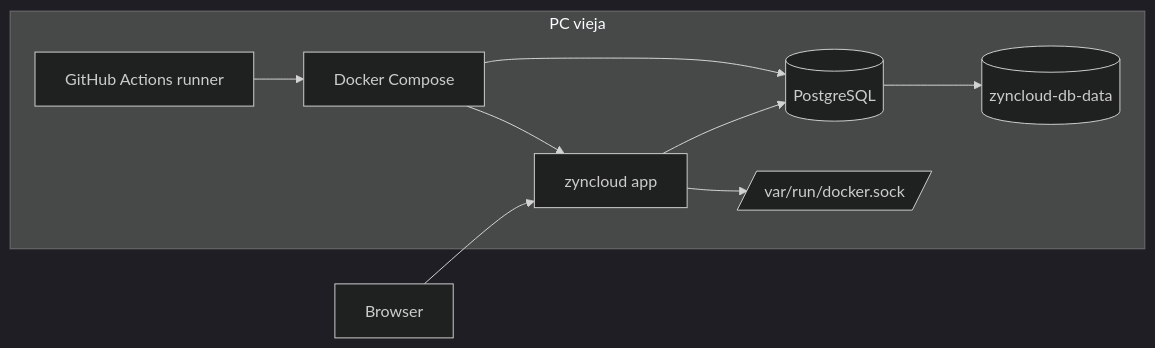
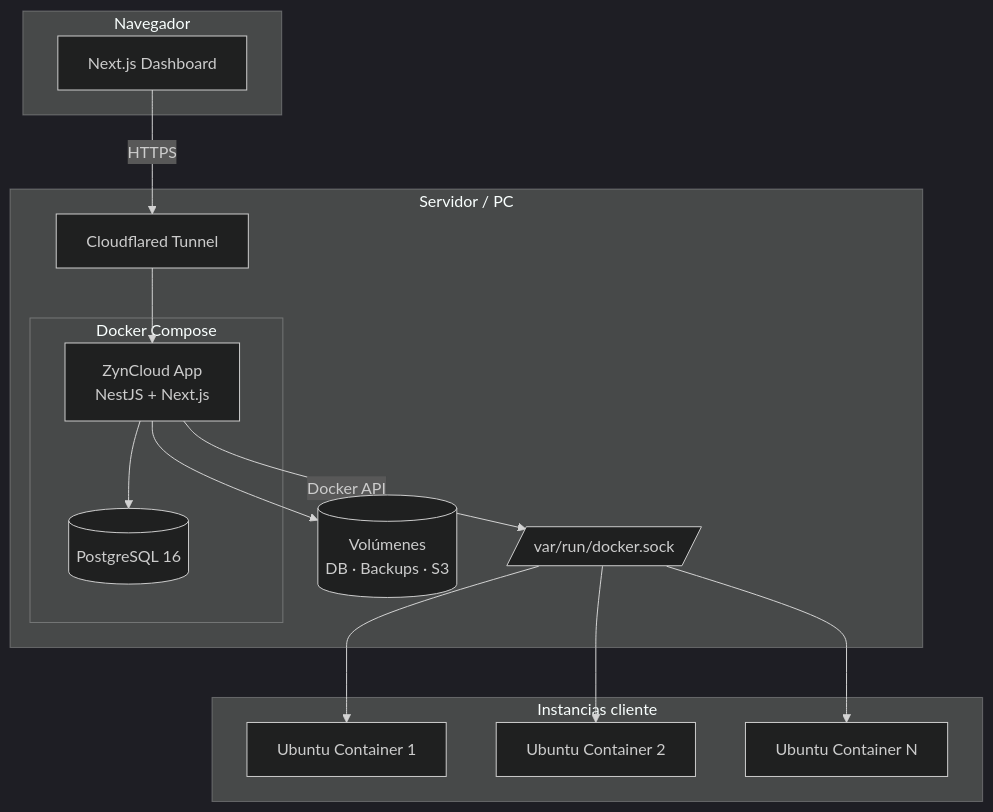
One commit to sasamile/CloudCore-AWS changed the diagram in README.md. Above: the diagram before and after it, drawn with Mermaid (dark theme). The commit also changed other lines of this file and 8 other files, not shown here.

````diff
--- a/README.md
+++ b/README.md
@@ -7,18 +116,32 @@
 ```mermaid
-flowchart LR
-  subgraph host [PC vieja]
-    GH[GitHub Actions runner]
-    DC[Docker Compose]
-    APP[zyncloud app]
-    DB[(PostgreSQL)]
-    VOL[(zyncloud-db-data)]
+flowchart TB
+  subgraph browser [Navegador]
+    WEB[Next.js Dashboard]
+  end
+
+  subgraph server [Servidor / PC]
+    subgraph compose [Docker Compose]
+      APP[ZynCloud App<br/>NestJS + Next.js]
+      DB[(PostgreSQL 16)]
+    end
+
     SOCK[/var/run/docker.sock/]
-    GH --> DC
-    DC --> APP
-    DC --> DB
-    DB --> VOL
-    APP --> DB
-    APP --> SOCK
+    CF[Cloudflared Tunnel]
+    STORAGE[(Volúmenes<br/>DB · Backups · S3)]
   end
-  Browser --> APP
+
+  subgraph instances [Instancias cliente]
+    I1[Ubuntu Container 1]
+    I2[Ubuntu Container 2]
+    IN[Ubuntu Container N]
+  end
+
+  WEB -->|HTTPS| CF
+  CF --> APP
+  APP --> DB
+  APP --> STORAGE
+  APP -->|Docker API| SOCK
+  SOCK --> I1
+  SOCK --> I2
+  SOCK --> IN
 ```
````
